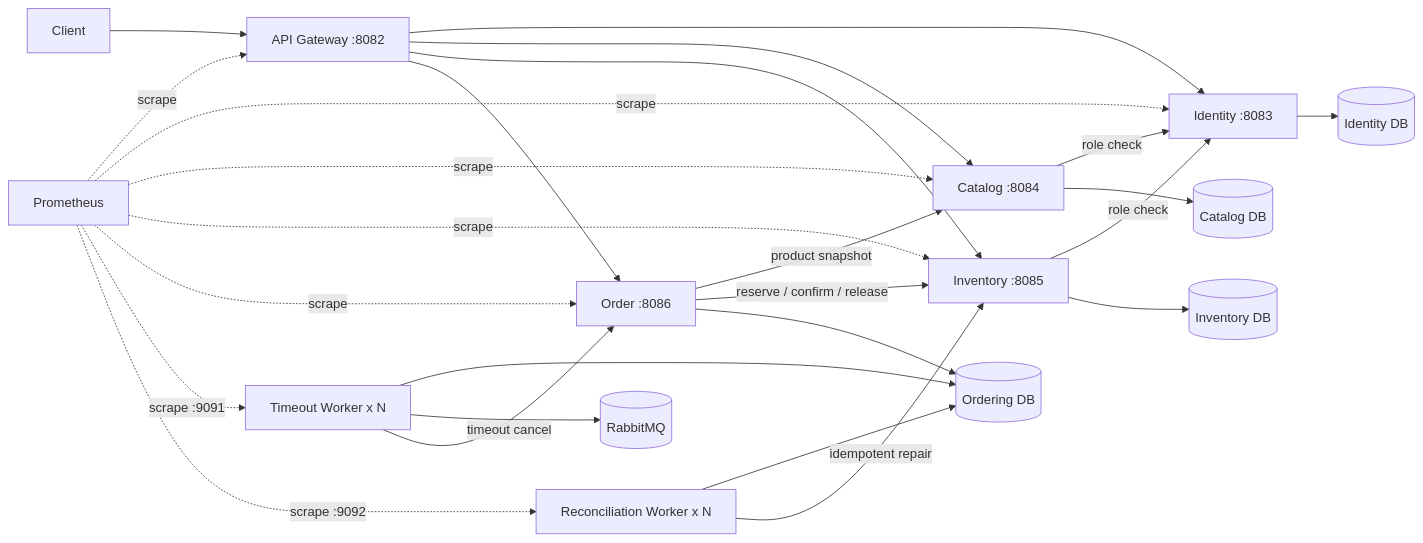
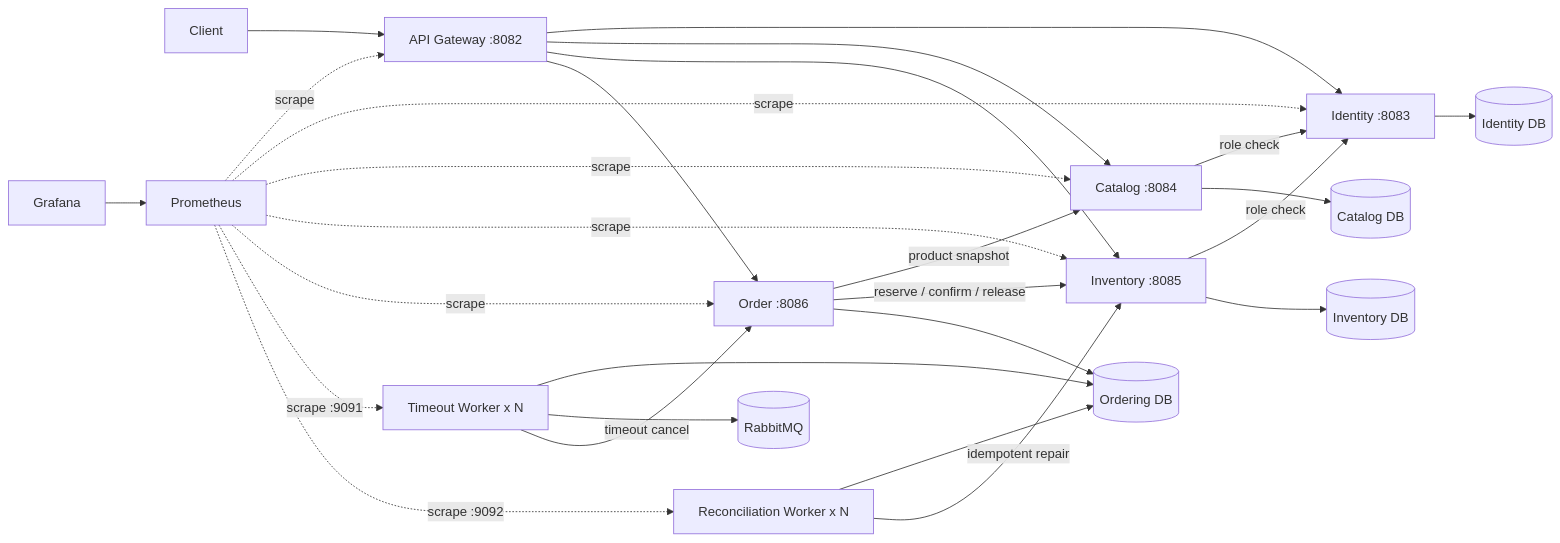
The diagram in README.md (Yotoha0303/go-order-management-system-cloudnative-lab), drawn with Mermaid before and after one commit. The commit also changed other lines of this file and 17 other files, not shown here.

First line of the commit message:
feat: add Grafana dashboards and Prometheus alerts

````diff
--- a/README.md
+++ b/README.md
@@ -39,34 +42,35 @@
 ```mermaid
 flowchart LR
     Client[Client] --> Gateway[API Gateway :8082]
 
     Gateway --> Identity[Identity :8083]
     Gateway --> Catalog[Catalog :8084]
     Gateway --> Inventory[Inventory :8085]
     Gateway --> Order[Order :8086]
 
     Catalog -->|role check| Identity
     Inventory -->|role check| Identity
     Order -->|product snapshot| Catalog
     Order -->|reserve / confirm / release| Inventory
 
     Identity --> IdentityDB[(Identity DB)]
     Catalog --> CatalogDB[(Catalog DB)]
     Inventory --> InventoryDB[(Inventory DB)]
     Order --> OrderingDB[(Ordering DB)]
 
     TimeoutWorker[Timeout Worker x N] --> OrderingDB
     TimeoutWorker --> RabbitMQ[(RabbitMQ)]
     TimeoutWorker -->|timeout cancel| Order
 
     ReconcileWorker[Reconciliation Worker x N] --> OrderingDB
     ReconcileWorker -->|idempotent repair| Inventory
 
     Prometheus[Prometheus] -. scrape .-> Gateway
     Prometheus -. scrape .-> Identity
     Prometheus -. scrape .-> Catalog
     Prometheus -. scrape .-> Inventory
     Prometheus -. scrape .-> Order
     Prometheus -. scrape :9091 .-> TimeoutWorker
     Prometheus -. scrape :9092 .-> ReconcileWorker
+    Grafana[Grafana] --> Prometheus
 ```
````
